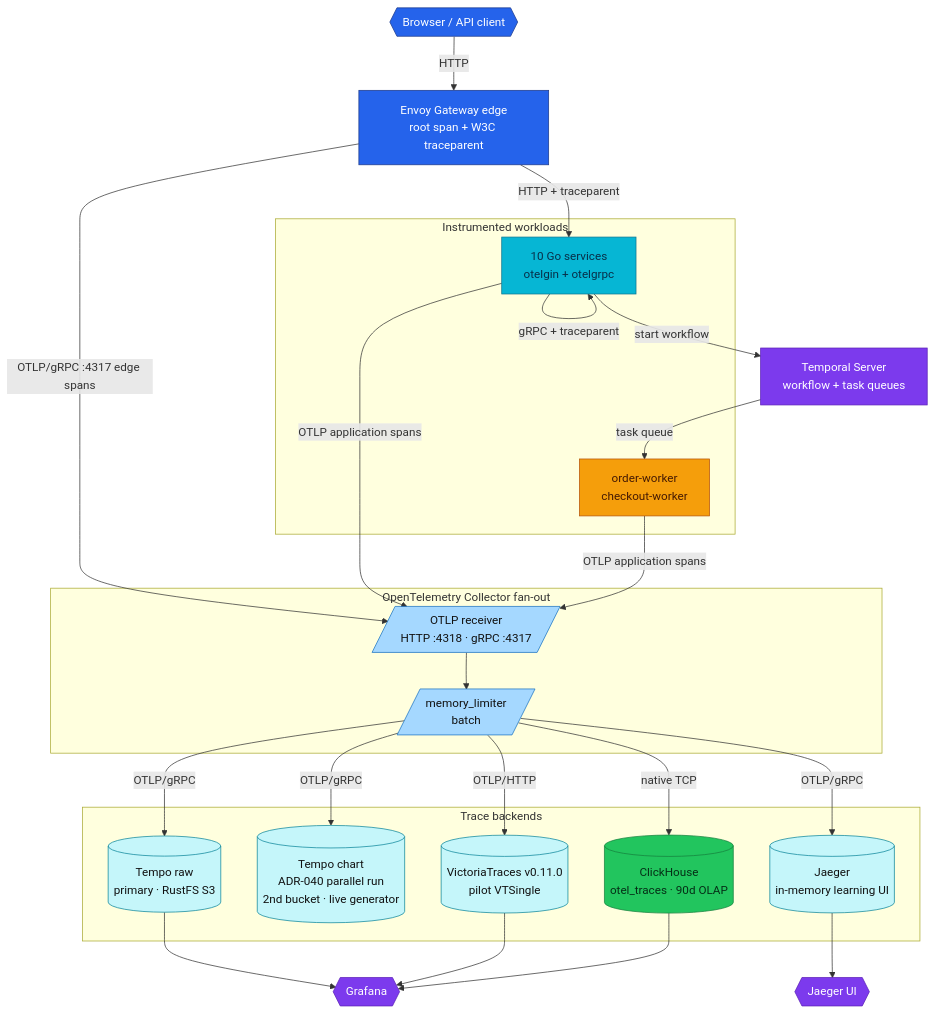
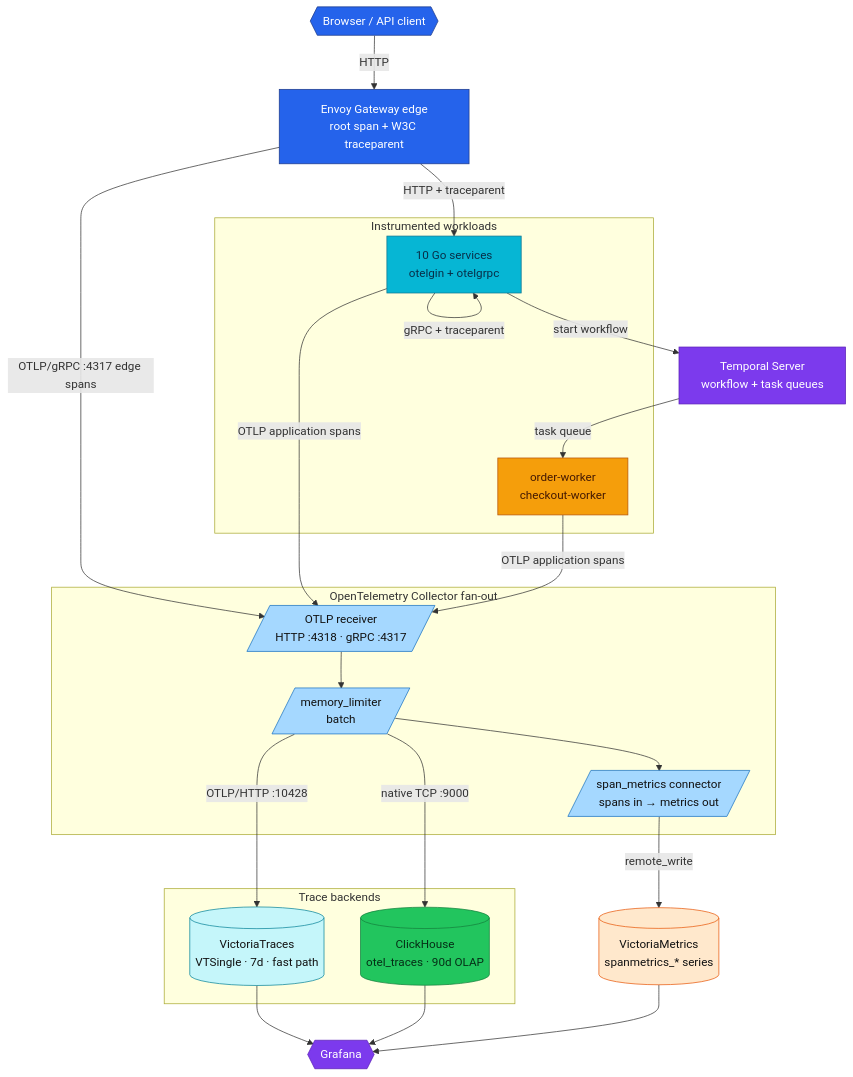
One commit to duynhlab/homelab changed the first of 2 diagrams in docs/observability/tracing/architecture.md. Above: the diagram before and after it, drawn with Mermaid. The commit also changed other lines of this file and 57 other files, not shown here.

````diff
--- a/docs/observability/tracing/architecture.md
+++ b/docs/observability/tracing/architecture.md
@@ -11,61 +17,59 @@
 ```mermaid
 flowchart TB
     Client{{"Browser / API client"}}
     Edge["Envoy Gateway edge<br/>root span + W3C traceparent"]
 
     subgraph workloads["Instrumented workloads"]
         Services["10 Go services<br/>otelgin + otelgrpc"]
         Workers["order-worker<br/>checkout-worker"]
     end
     Temporal["Temporal Server<br/>workflow + task queues"]
 
 
     subgraph collectorNode["OpenTelemetry Collector fan-out"]
         Receiver[/"OTLP receiver<br/>HTTP :4318 · gRPC :4317"/]
         Processors[/"memory_limiter<br/>batch"/]
+        SpanMetrics[/"span_metrics connector<br/>spans in → metrics out"/]
         Receiver --> Processors
+        Processors --> SpanMetrics
     end
 
     subgraph backends["Trace backends"]
-        Tempo[("Tempo raw<br/>primary · RustFS S3")]
-        TempoC[("Tempo chart<br/>ADR-040 parallel run<br/>2nd bucket · live generator")]
-        Jaeger[("Jaeger<br/>in-memory learning UI")]
-        VT[("VictoriaTraces v0.11.0<br/>pilot VTSingle")]
+        VT[("VictoriaTraces<br/>VTSingle · 7d · fast path")]
         CH[("ClickHouse<br/>otel_traces · 90d OLAP")]
     end
+    VM[("VictoriaMetrics<br/>spanmetrics_* series")]
 
     Grafana{{"Grafana"}}
-    JaegerUI{{"Jaeger UI"}}
 
     Client -->|"HTTP"| Edge
     Edge -->|"HTTP + traceparent"| Services
     Services -->|"gRPC + traceparent"| Services
     Services -->|"start workflow"| Temporal
     Temporal -->|"task queue"| Workers
     Edge -->|"OTLP/gRPC :4317 edge spans"| Receiver
     Services & Workers -->|"OTLP application spans"| Receiver
-    Processors -->|"OTLP/gRPC"| Tempo
-    Processors -->|"OTLP/gRPC"| TempoC
-    Processors -->|"OTLP/gRPC"| Jaeger
-    Processors -->|"OTLP/HTTP"| VT
-    Processors -->|"native TCP"| CH
-    Tempo --> Grafana
+    Processors -->|"OTLP/HTTP :10428"| VT
+    Processors -->|"native TCP :9000"| CH
+    SpanMetrics -->|"remote_write"| VM
     VT --> Grafana
     CH --> Grafana
-    Jaeger --> JaegerUI
+    VM --> Grafana
 
     classDef edge fill:#2563eb,color:#fff,stroke:#1e3a8a;
     classDef service fill:#06b6d4,color:#082f49,stroke:#0e7490;
     classDef worker fill:#f59e0b,color:#451a03,stroke:#b45309;
     classDef platform fill:#7c3aed,color:#fff,stroke:#5b21b6;
     classDef trace fill:#c5f6fa,color:#111,stroke:#0c8599;
     classDef collector fill:#a5d8ff,color:#111,stroke:#1971c2;
     classDef data fill:#22c55e,color:#052e16,stroke:#15803d;
+    classDef metric fill:#ffe8cc,color:#111,stroke:#e8590c;
     class Client,Edge edge;
     class Services service;
     class Workers worker;
-    class Receiver,Processors collector;
-    class Tempo,TempoC,Jaeger,VT trace;
+    class Receiver,Processors,SpanMetrics collector;
+    class VT trace;
     class CH data;
-    class Temporal,Grafana,JaegerUI platform;
+    class VM metric;
+    class Temporal,Grafana platform;
 ```
````
